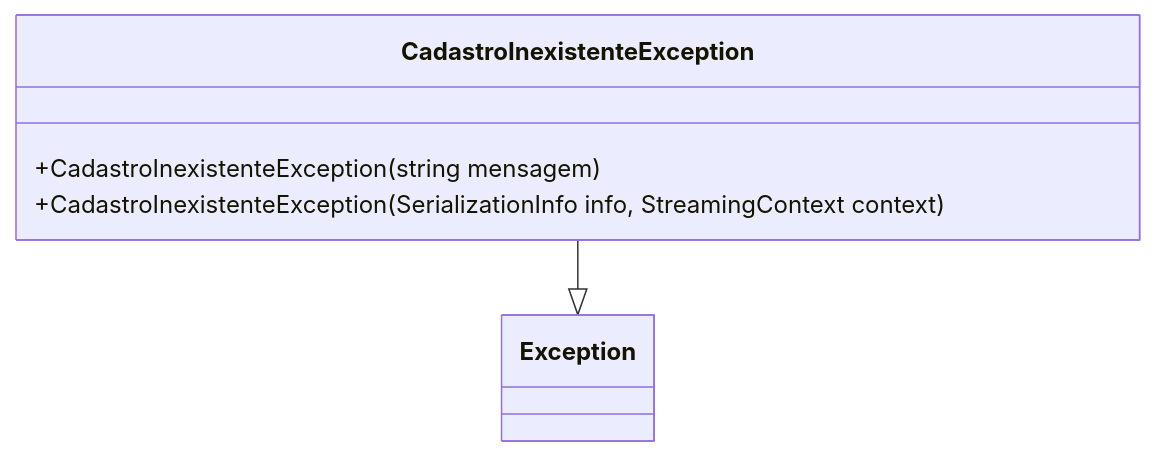
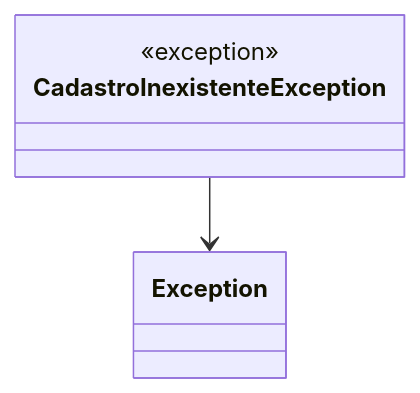
One commit to IsthmusSistemas/documentacao-tecnica changed the diagram in docs/b2b-dominio/IsthmusWinthor.Nucleo/IsthmusWinthor.Dominio/Exceptions/CadastroInexistenteException.md. Above: the diagram before and after it, drawn with Mermaid. The commit also changed other lines of this file and 882 other files, not shown here.

````diff
--- a/docs/b2b-dominio/IsthmusWinthor.Nucleo/IsthmusWinthor.Dominio/Exceptions/CadastroInexistenteException.md
+++ b/docs/b2b-dominio/IsthmusWinthor.Nucleo/IsthmusWinthor.Dominio/Exceptions/CadastroInexistenteException.md
@@ -33,8 +29,7 @@
 ```mermaid
 classDiagram
     class CadastroInexistenteException {
-        +CadastroInexistenteException(string mensagem)
-        +CadastroInexistenteException(SerializationInfo info, StreamingContext context)
+        <<exception>>
     }
-    CadastroInexistenteException --|> Exception
-``` 
+    CadastroInexistenteException --> Exception
+```
````
